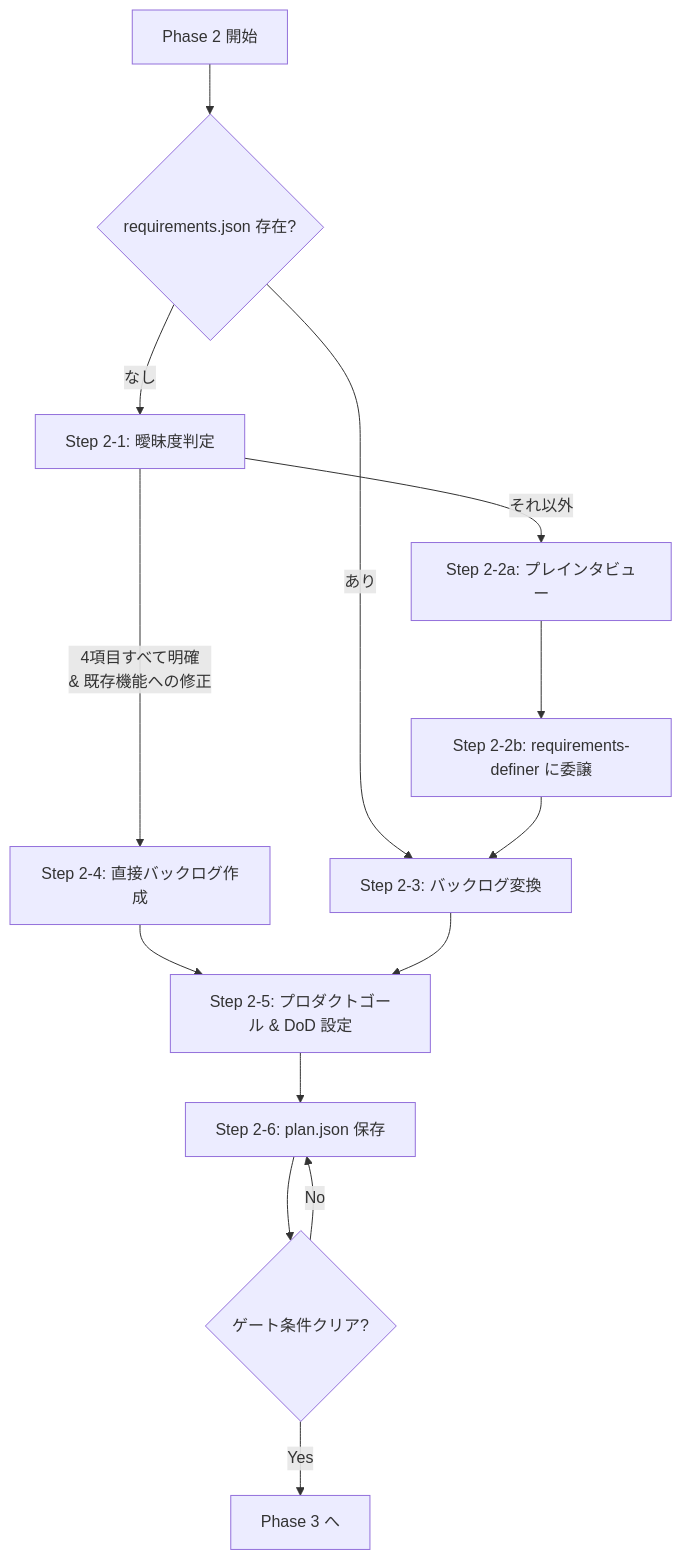
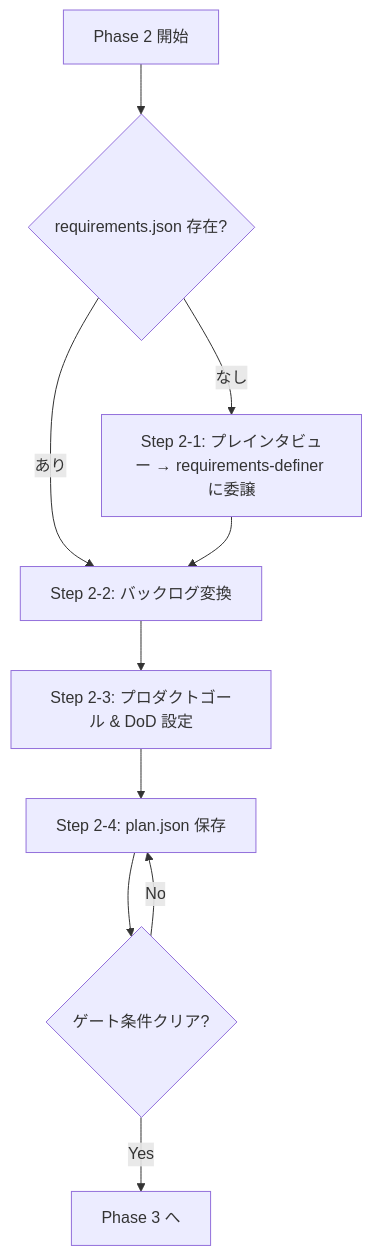
Before and after one commit to ynitto/sandbox: the diagram in .github/skills/scrum-master/references/phase-2-backlog.md, drawn with Mermaid. The commit also changed other lines of this file and 1 other file, not shown here.

````diff
--- a/.github/skills/scrum-master/references/phase-2-backlog.md
+++ b/.github/skills/scrum-master/references/phase-2-backlog.md
@@ -7,16 +7,12 @@
 ```mermaid
 flowchart TD
     A[Phase 2 開始] --> B{requirements.json 存在?}
-    B -- あり --> E[Step 2-3: バックログ変換]
-    B -- なし --> C[Step 2-1: 曖昧度判定]
-    C -- 4項目すべて明確\n& 既存機能への修正 --> D[Step 2-4: 直接バックログ作成]
-    C -- それ以外 --> F[Step 2-2a: プレインタビュー]
-    F --> G[Step 2-2b: requirements-definer に委譲]
-    G --> E
-    D --> H[Step 2-5: プロダクトゴール & DoD 設定]
-    E --> H
-    H --> I[Step 2-6: plan.json 保存]
-    I --> J{ゲート条件クリア?}
-    J -- Yes --> K[Phase 3 へ]
-    J -- No --> I
+    B -- あり --> C[Step 2-2: バックログ変換]
+    B -- なし --> D[Step 2-1: プレインタビュー → requirements-definer に委譲]
+    D --> C
+    C --> E[Step 2-3: プロダクトゴール & DoD 設定]
+    E --> F[Step 2-4: plan.json 保存]
+    F --> G{ゲート条件クリア?}
+    G -- Yes --> H[Phase 3 へ]
+    G -- No --> F
 ```
````
